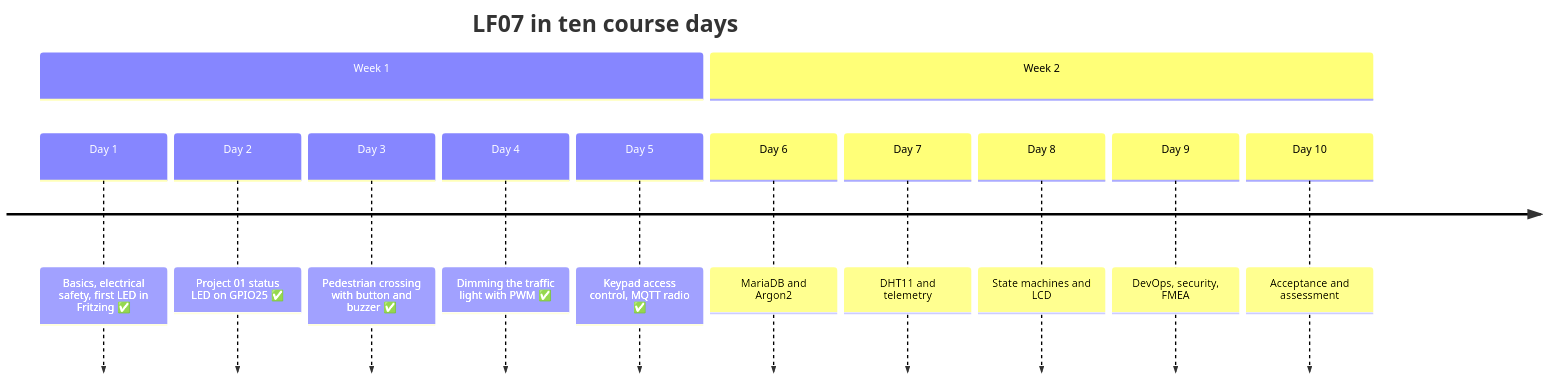
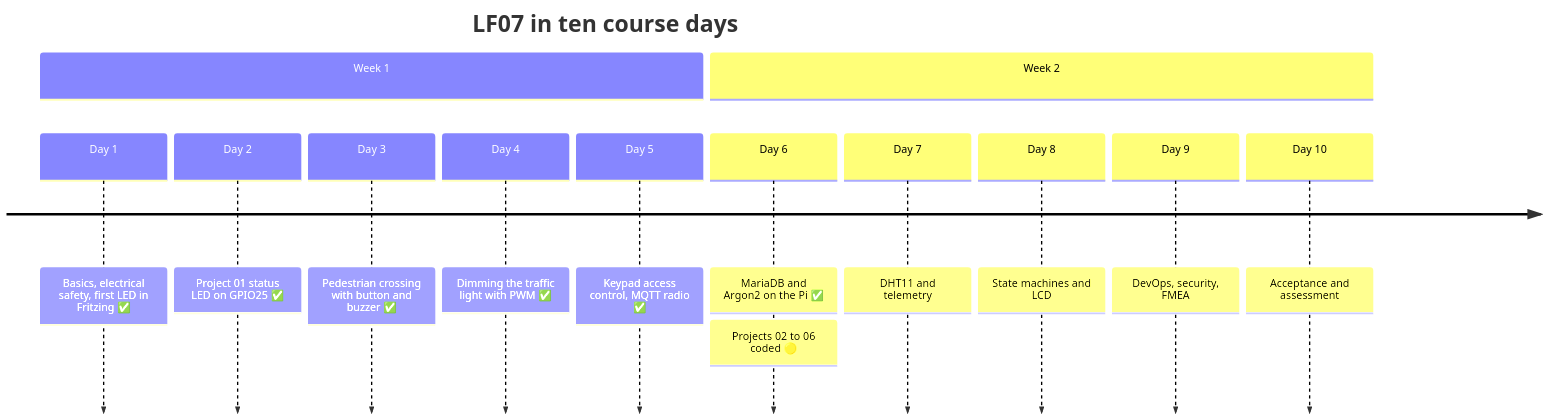
The third of 4 diagrams in README.md (philmay1/lf07-cyber-physische-systeme), drawn with Mermaid before and after one commit. The commit also changed other lines of this file and 42 other files, not shown here.

````diff
--- a/README.md
+++ b/README.md
@@ -181,16 +183,16 @@
 ```mermaid
 timeline
     title LF07 in ten course days
     section Week 1
         Day 1 : Basics, electrical safety, first LED in Fritzing ✅
         Day 2 : Project 01 status LED on GPIO25 ✅
         Day 3 : Pedestrian crossing with button and buzzer ✅
         Day 4 : Dimming the traffic light with PWM ✅
         Day 5 : Keypad access control, MQTT radio ✅
     section Week 2
-        Day 6 : MariaDB and Argon2
+        Day 6 : MariaDB and Argon2 on the Pi ✅ : Projects 02 to 06 coded 🟡
         Day 7 : DHT11 and telemetry
         Day 8 : State machines and LCD
         Day 9 : DevOps, security, FMEA
         Day 10 : Acceptance and assessment
 ```
````
